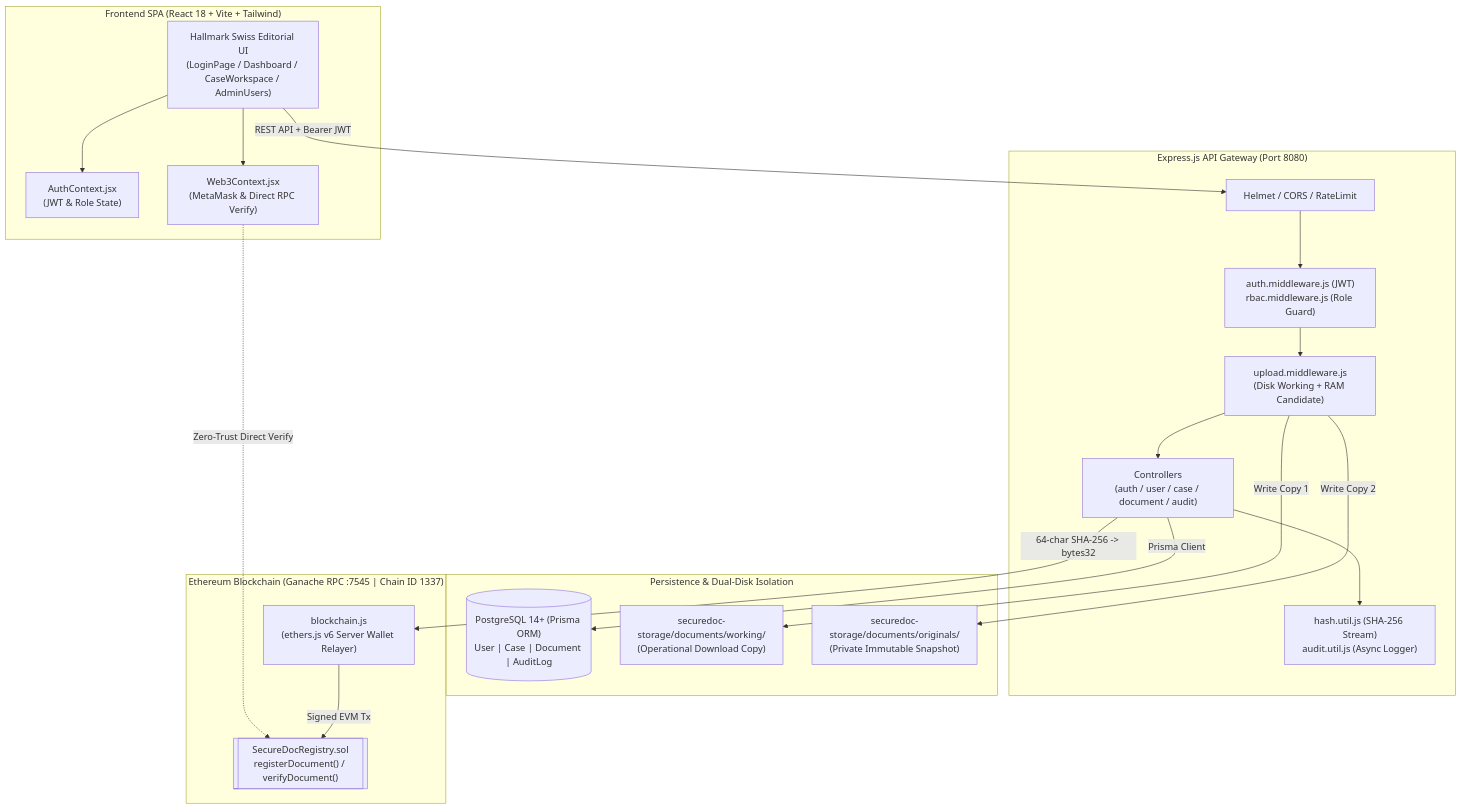
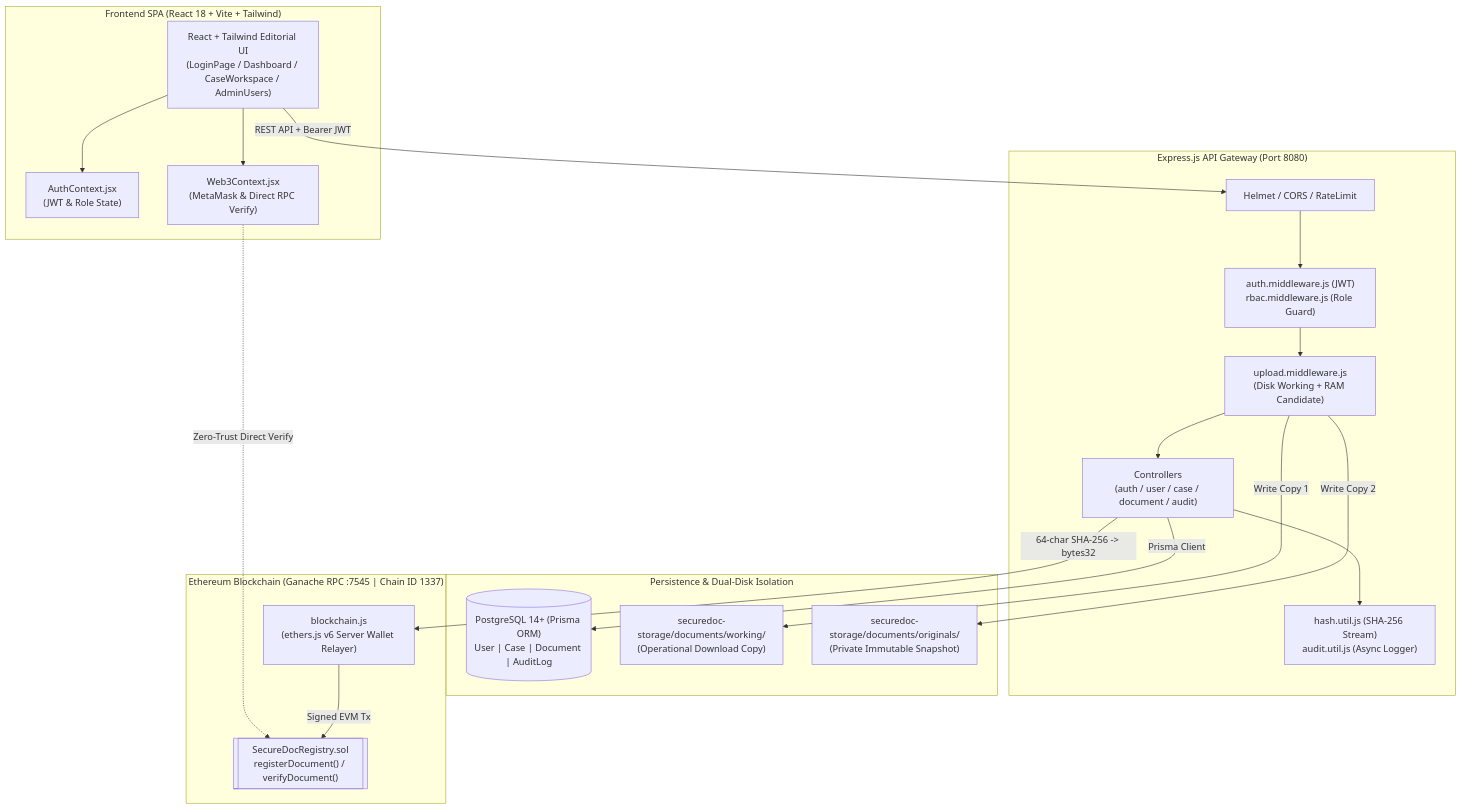
Before and after one commit to piyushgupta786/SecureDoc-PERN: the first of 4 diagrams in README.md, drawn with Mermaid. The commit also changed other lines of this file, not shown here.

````diff
--- a/README.md
+++ b/README.md
@@ -33,39 +33,39 @@
 ```mermaid
 graph TB
     subgraph Client ["Frontend SPA (React 18 + Vite + Tailwind)"]
-        UI["Hallmark Swiss Editorial UI\n(LoginPage / Dashboard / CaseWorkspace / AdminUsers)"]
+        UI["React + Tailwind Editorial UI\n(LoginPage / Dashboard / CaseWorkspace / AdminUsers)"]
         AuthCtx["AuthContext.jsx\n(JWT & Role State)"]
         Web3Ctx["Web3Context.jsx\n(MetaMask & Direct RPC Verify)"]
     end
 
     subgraph Gateway ["Express.js API Gateway (Port 8080)"]
         Sec["Helmet / CORS / RateLimit"]
         MW["auth.middleware.js (JWT)\nrbac.middleware.js (Role Guard)"]
         UploadMW["upload.middleware.js\n(Disk Working + RAM Candidate)"]
         Ctrl["Controllers\n(auth / user / case / document / audit)"]
         Utils["hash.util.js (SHA-256 Stream)\naudit.util.js (Async Logger)"]
     end
 
     subgraph Storage ["Persistence & Dual-Disk Isolation"]
         Prisma[("PostgreSQL 14+ (Prisma ORM)\nUser | Case | Document | AuditLog")]
         Working["securedoc-storage/documents/working/\n(Operational Download Copy)"]
         Originals["securedoc-storage/documents/originals/\n(Private Immutable Snapshot)"]
     end
 
     subgraph EVM ["Ethereum Blockchain (Ganache RPC :7545 | Chain ID 1337)"]
         Relayer["blockchain.js\n(ethers.js v6 Server Wallet Relayer)"]
         Contract[["SecureDocRegistry.sol\nregisterDocument() / verifyDocument()"]]
     end
 
     UI --> AuthCtx
     UI --> Web3Ctx
     UI -->|REST API + Bearer JWT| Sec
     Sec --> MW --> UploadMW --> Ctrl
     Ctrl --> Utils
     Ctrl -->|Prisma Client| Prisma
     UploadMW -->|Write Copy 1| Working
     UploadMW -->|Write Copy 2| Originals
     Ctrl -->|64-char SHA-256 -> bytes32| Relayer
     Relayer -->|Signed EVM Tx| Contract
     Web3Ctx -.->|Zero-Trust Direct Verify| Contract
 ```
````
